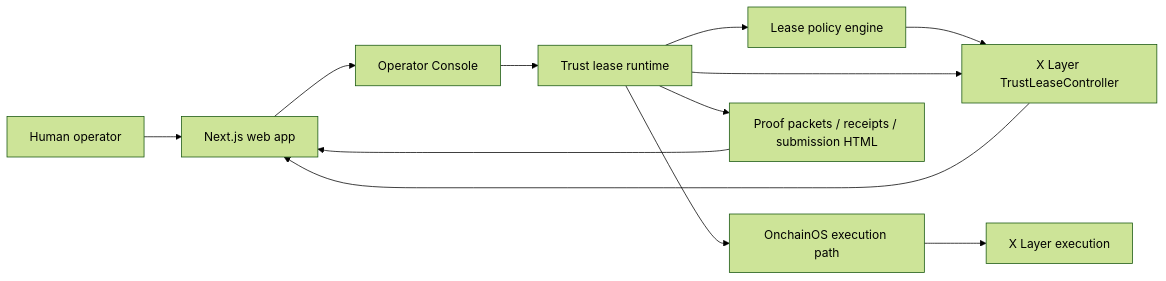
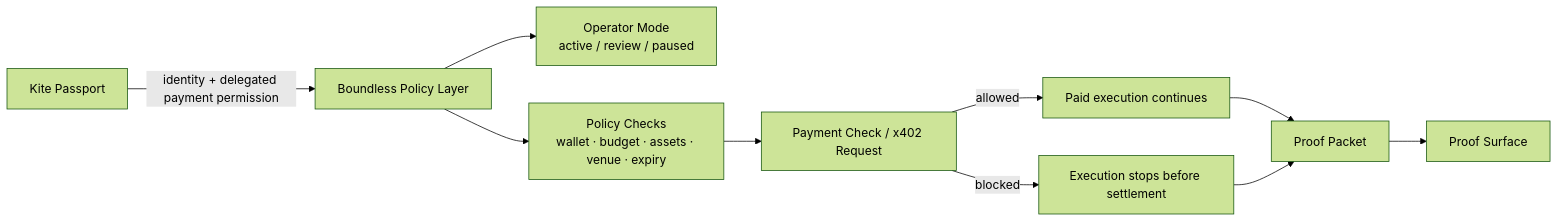
One commit to boundlessait/boundlessai changed the first of 2 diagrams in README.md. Above: the diagram before and after it, drawn with Mermaid (forest theme). The commit also changed other lines of this file and 73 other files, not shown here.

Commit message:
Refresh Boundless Kite submission repo

````diff
--- a/README.md
+++ b/README.md
@@ -238,14 +106,12 @@
 ```mermaid
 flowchart LR
-    Human["Human operator"] --> Web["Next.js web app"]
-    Web --> Control["Operator Console"]
-    Control --> Runtime["Trust lease runtime"]
-    Runtime --> Lease["Lease policy engine"]
-    Runtime --> OnchainOS["OnchainOS execution path"]
-    Lease --> Controller["X Layer TrustLeaseController"]
-    Runtime --> Artifacts["Proof packets / receipts / submission HTML"]
-    OnchainOS --> XLayer["X Layer execution"]
-    Runtime --> Controller
-    Controller --> Web
-    Artifacts --> Web
+    A["Kite Passport"] -->|"identity + delegated payment permission"| B["Boundless Policy Layer"]
+    B --> C["Operator Mode<br/>active / review / paused"]
+    B --> D["Policy Checks<br/>wallet · budget · assets · venue · expiry"]
+    D --> E["Payment Check / x402 Request"]
+    E -->|"allowed"| F["Paid execution continues"]
+    E -->|"blocked"| G["Execution stops before settlement"]
+    F --> H["Proof Packet"]
+    G --> H
+    H --> I["Proof Surface"]
 ```
````
